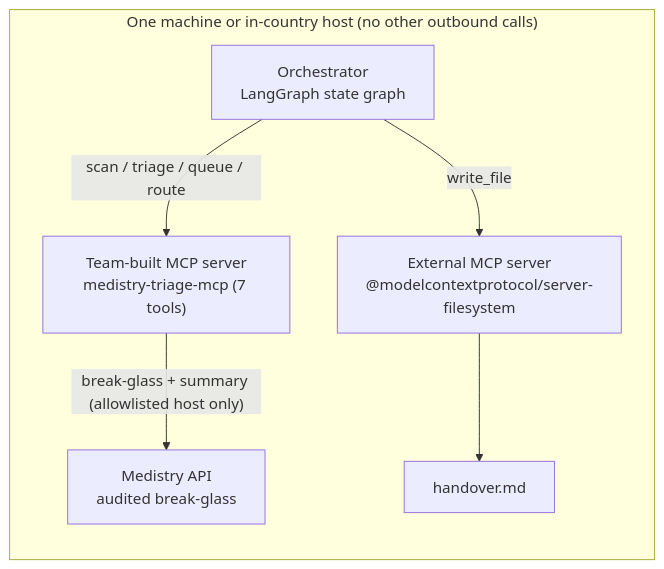
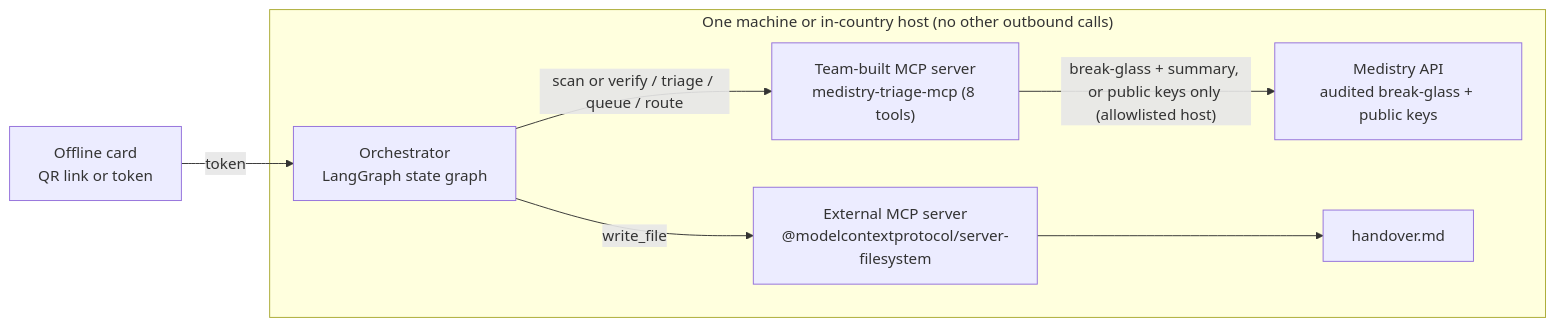
The diagram in mcp/README.md (Midelcodes/medistry), drawn with Mermaid before and after one commit. The commit also changed other lines of this file and 10 other files, not shown here.

````diff
--- a/mcp/README.md
+++ b/mcp/README.md
@@ -16,13 +18,14 @@
 ```mermaid
 flowchart LR
   subgraph Local["One machine or in-country host (no other outbound calls)"]
     O["Orchestrator<br/>LangGraph state graph"]
-    S["Team-built MCP server<br/>medistry-triage-mcp (7 tools)"]
+    S["Team-built MCP server<br/>medistry-triage-mcp (8 tools)"]
     F["External MCP server<br/>@modelcontextprotocol/server-filesystem"]
-    M["Medistry API<br/>audited break-glass"]
+    M["Medistry API<br/>audited break-glass + public keys"]
     R["handover.md"]
   end
-  O -- "scan / triage / queue / route" --> S
-  S -- "break-glass + summary (allowlisted host only)" --> M
+  C["Offline card<br/>QR link or token"] -- "token" --> O
+  O -- "scan or verify / triage / queue / route" --> S
+  S -- "break-glass + summary, or public keys only (allowlisted host)" --> M
   O -- "write_file" --> F --> R
 ```
````
